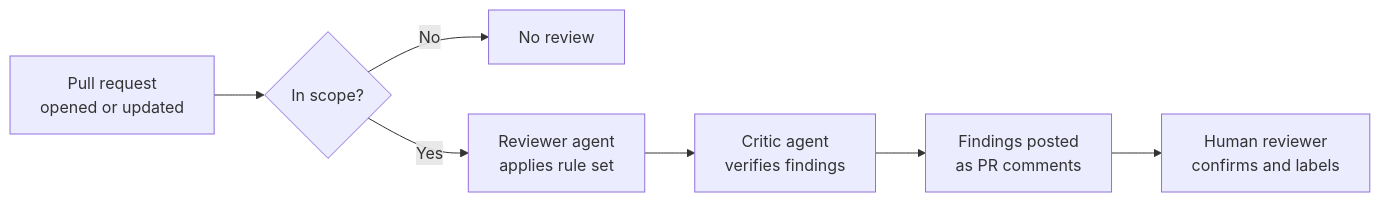
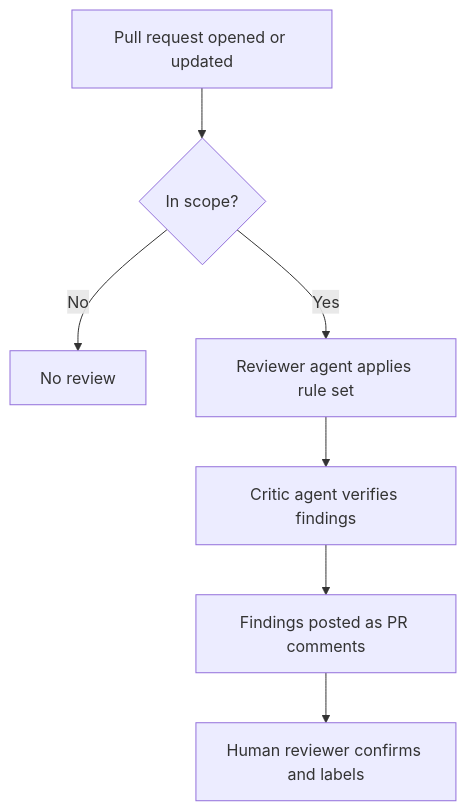
One commit to Azure/azure-rest-api-specs changed the diagram in documentation/arm-api-reviewer-insights.md. Above: the diagram before and after it, drawn with Mermaid. The commit also changed other lines of this file, not shown here.

First line of the commit message:
Fix contents numbering and diagram rendering

````diff
--- a/documentation/arm-api-reviewer-insights.md
+++ b/documentation/arm-api-reviewer-insights.md
@@ -58,9 +58,9 @@
 ```mermaid
-flowchart LR
-    A[Pull request<br/>opened or updated] --> B{In scope?}
-    B -->|No| Z[No review]
-    B -->|Yes| C[Reviewer agent<br/>applies rule set]
-    C --> D[Critic agent<br/>verifies findings]
-    D --> E[Findings posted<br/>as PR comments]
-    E --> F[Human reviewer<br/>confirms and labels]
+graph TD
+    A["Pull request opened or updated"] --> B{"In scope?"}
+    B -->|No| Z["No review"]
+    B -->|Yes| C["Reviewer agent applies rule set"]
+    C --> D["Critic agent verifies findings"]
+    D --> E["Findings posted as PR comments"]
+    E --> F["Human reviewer confirms and labels"]
 ```
````
